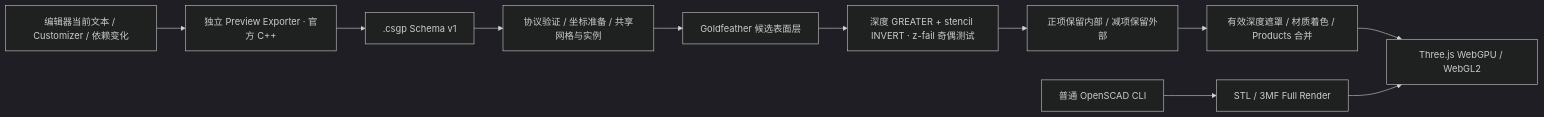
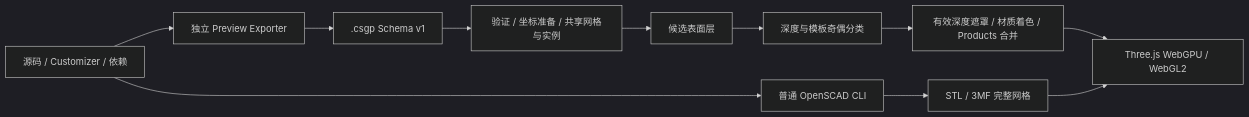
One commit to peterisdev42/scad-ai-ide changed the diagram in docs/preview-exporter-architecture.md. Above: the diagram before and after it, drawn with Mermaid (dark theme). The commit also changed other lines of this file and 120 other files, not shown here.

````diff
--- a/docs/preview-exporter-architecture.md
+++ b/docs/preview-exporter-architecture.md
@@ -7,13 +9,13 @@
 ```mermaid
 flowchart LR
-    Editor[编辑器当前文本 / Customizer / 依赖变化] --> Exporter[独立 Preview Exporter · 官方 C++]
+    Editor[源码 / Customizer / 依赖] --> Exporter[独立 Preview Exporter]
     Exporter --> CSGP[.csgp Schema v1]
-    CSGP --> Prepare[协议验证 / 坐标准备 / 共享网格与实例]
-    Prepare --> Candidate[Goldfeather 候选表面层]
-    Candidate --> Parity[深度 GREATER + stencil INVERT · z-fail 奇偶测试]
-    Parity --> Trim[正项保留内部 / 减项保留外部]
-    Trim --> Shade[有效深度遮罩 / 材质着色 / Products 合并]
+    CSGP --> Prepare[验证 / 坐标准备 / 共享网格与实例]
+    Prepare --> Candidate[候选表面层]
+    Candidate --> Parity[深度与模板奇偶分类]
+    Parity --> Shade[有效深度遮罩 / 材质着色 / Products 合并]
     Shade --> GPU[Three.js WebGPU / WebGL2]
-    CLI[普通 OpenSCAD CLI] --> Mesh[STL / 3MF Full Render]
+    Editor --> CLI[普通 OpenSCAD CLI]
+    CLI --> Mesh[STL / 3MF 完整网格]
     Mesh --> GPU
 ```
````
